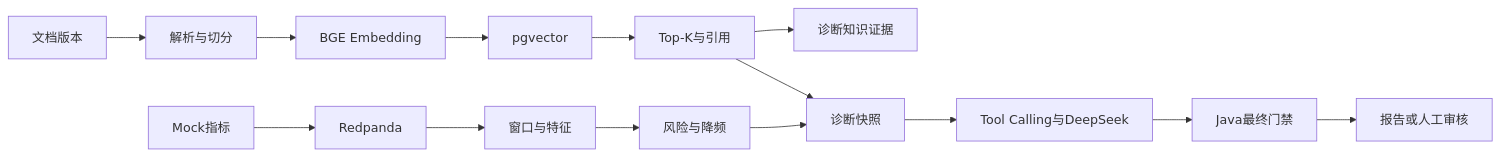
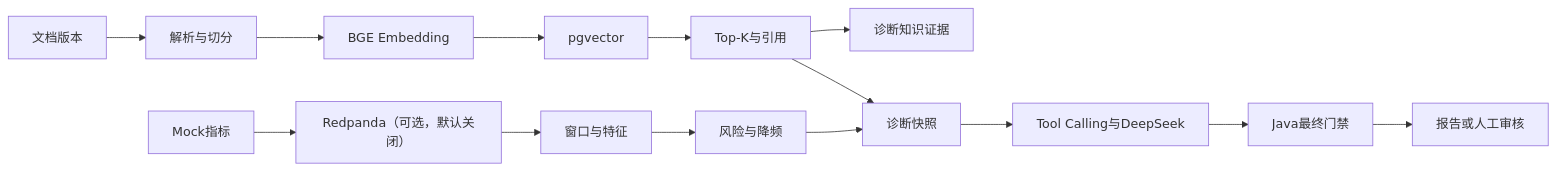
Before and after one commit to zhangyusong627/fund-gateway-ai-center: the diagram in docs/architecture/TECHNICAL_ARCHITECTURE.md, drawn with Mermaid. The commit also changed other lines of this file and 81 other files, not shown here.

````diff
--- a/docs/architecture/TECHNICAL_ARCHITECTURE.md
+++ b/docs/architecture/TECHNICAL_ARCHITECTURE.md
@@ -26,10 +28,10 @@
 ```mermaid
 flowchart LR
  D[文档版本] --> P[解析与切分] --> E[BGE Embedding] --> V[pgvector]
  V --> R[Top-K与引用]
  R --> K[诊断知识证据]
- M[Mock指标] --> Q[Redpanda] --> W[窗口与特征] --> F[风险与降频]
+ M[Mock指标] --> Q[Redpanda（可选，默认关闭）] --> W[窗口与特征] --> F[风险与降频]
  F --> S[诊断快照]
  R --> S
  S --> A[Tool Calling与DeepSeek] --> G[Java最终门禁] --> O[报告或人工审核]
 ```
````
